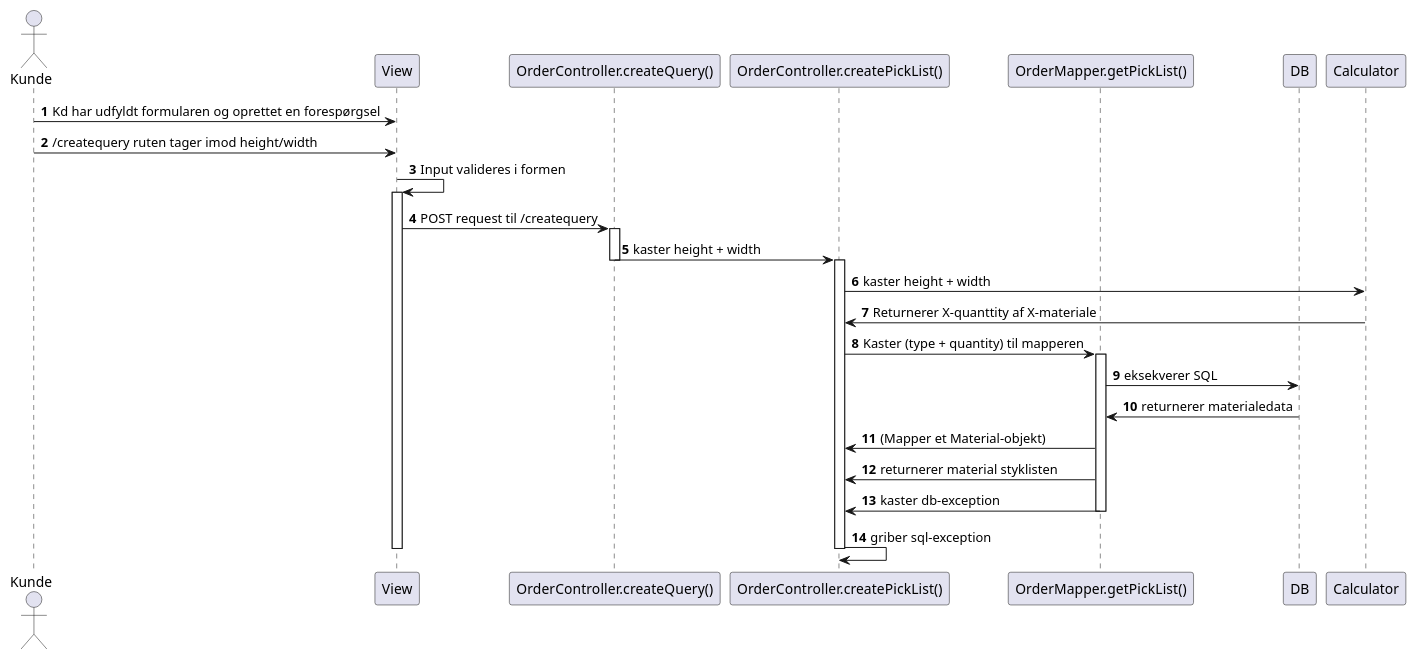
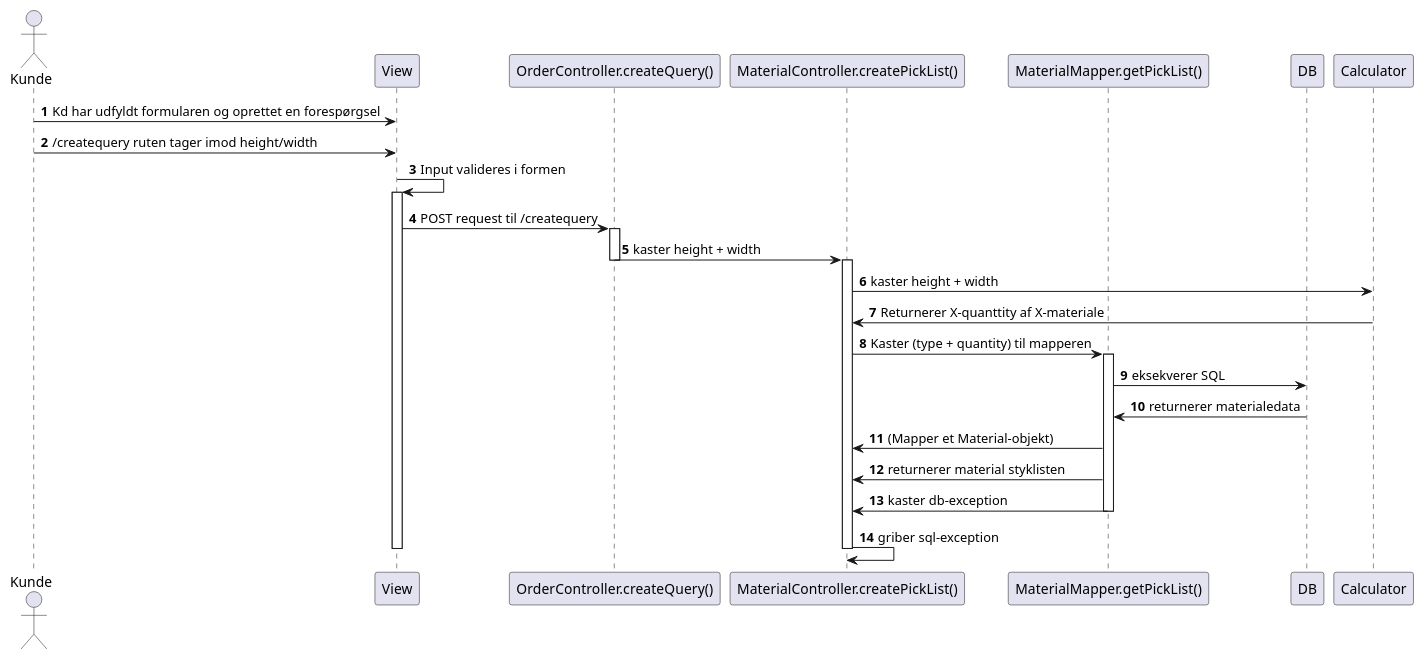
Before and after one commit to mridrisisci/fog-projekt: the diagram in docs/Sequence diagrams/us3-beregn-stykliste.puml, drawn with PlantUML.

Commit message:
opdateret metodenavne

```diff
--- a/docs/Sequence diagrams/us3-beregn-stykliste.puml
+++ b/docs/Sequence diagrams/us3-beregn-stykliste.puml
@@ -1,39 +1,39 @@
 @startuml
 'https://plantuml.com/sequence-diagram
 
 autonumber
 
 Actor Kunde
 participant View as V
 participant "OrderController.createQuery()" as C
-participant "OrderController.createPickList()" as C2
-participant "OrderMapper.getPickList()" as M
+participant "MaterialController.createPickList()" as C2
+participant "MaterialMapper.getPickList()" as M
 participant DB
 participant Calculator
 
 Kunde -> V: Kd har udfyldt formularen og oprettet en forespørgsel
 Kunde -> V: /createquery ruten tager imod height/width
 V -> V: Input valideres i formen
 activate V
 V -> C: POST request til /createquery
 activate C
 C -> C2: kaster height + width
 deactivate C
 activate C2
 C2 -> Calculator: kaster height + width
 Calculator -> C2: Returnerer X-quanttity af X-materiale
 deactivate Calculator
 C2 -> M: Kaster (type + quantity) til mapperen
 activate M
 M -> DB: eksekverer SQL
 DB -> M: returnerer materialedata
 M -> C2: (Mapper et Material-objekt)
 M -> C2: returnerer material styklisten
 M -> C2: kaster db-exception
 deactivate M
 C2 -> C2: griber sql-exception
 
 deactivate C2
 
 deactivate V
 @enduml
```
